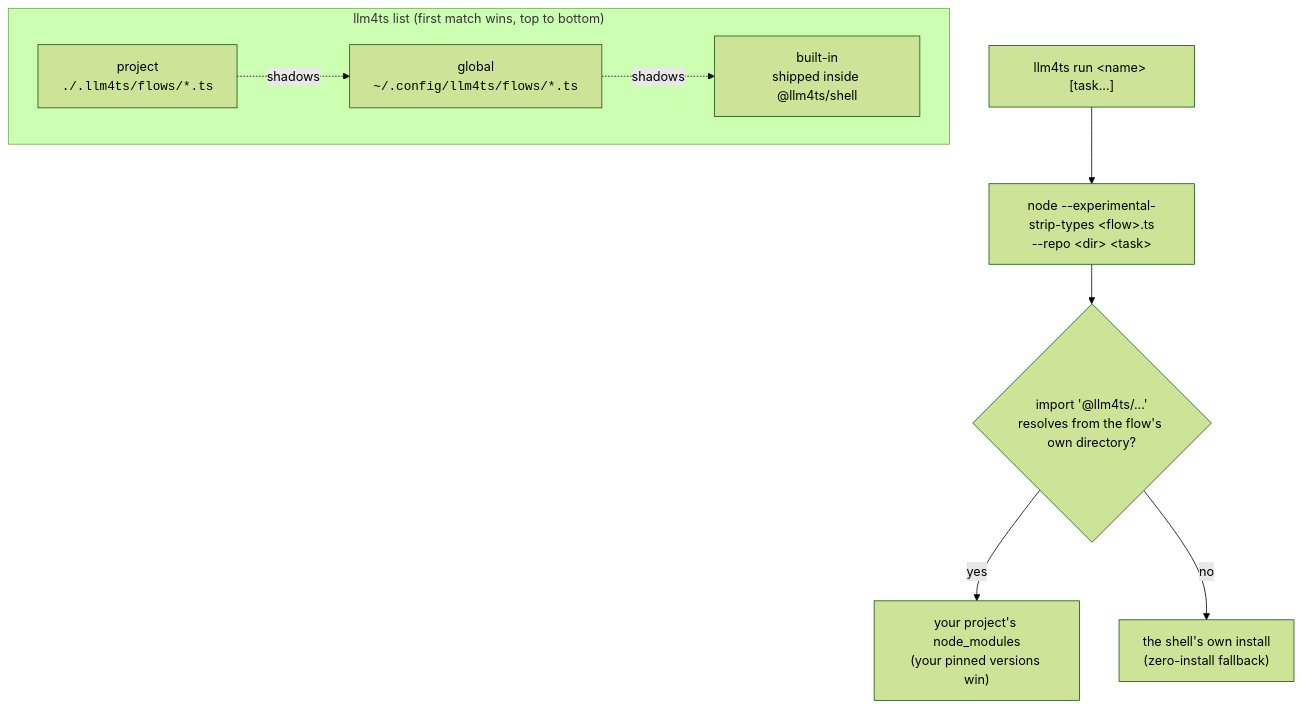
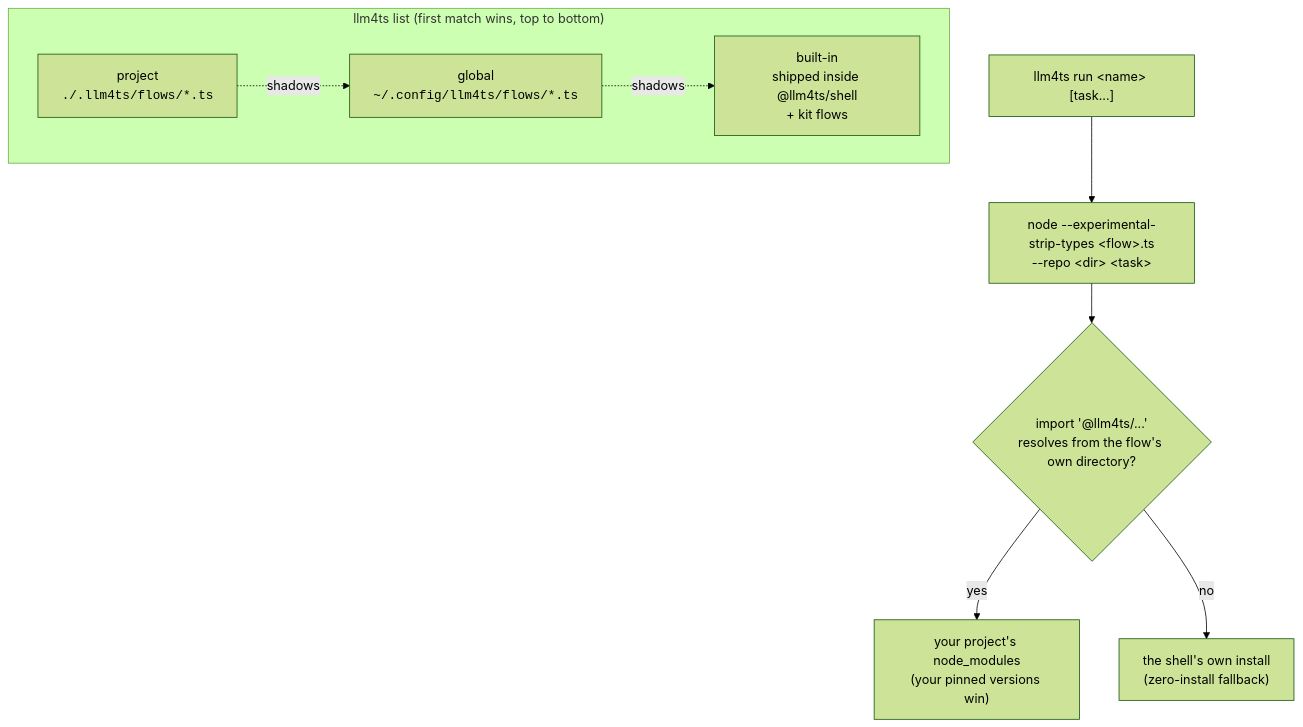
One commit to riccardomerolla/llm4ts changed the diagram in docs/guide/01-install.md. Above: the diagram before and after it, drawn with Mermaid (forest theme). The commit also changed other lines of this file and 31 other files, not shown here.

First line of the commit message:
Front door: built-in hello flow, README as chapter zero, ralph under tools

````diff
--- a/docs/guide/01-install.md
+++ b/docs/guide/01-install.md
@@ -76,13 +77,13 @@
 ```mermaid
 flowchart TB
   subgraph tiers["llm4ts list  (first match wins, top to bottom)"]
     P["project<br/><code>./.llm4ts/flows/*.ts</code>"]
     G["global<br/><code>~/.config/llm4ts/flows/*.ts</code>"]
-    B["built-in<br/>shipped inside @llm4ts/shell"]
+    B["built-in<br/>shipped inside @llm4ts/shell<br/>+ kit flows"]
     P -. shadows .-> G -. shadows .-> B
   end
   R["llm4ts run &lt;name&gt; [task...]"] --> N["node --experimental-strip-types &lt;flow&gt;.ts<br/>--repo &lt;dir&gt; &lt;task&gt;"]
   N --> F{"import '@llm4ts/...'<br/>resolves from the flow's own directory?"}
   F -- yes --> L["your project's node_modules<br/>(your pinned versions win)"]
   F -- no --> S["the shell's own install<br/>(zero-install fallback)"]
 ```
````
